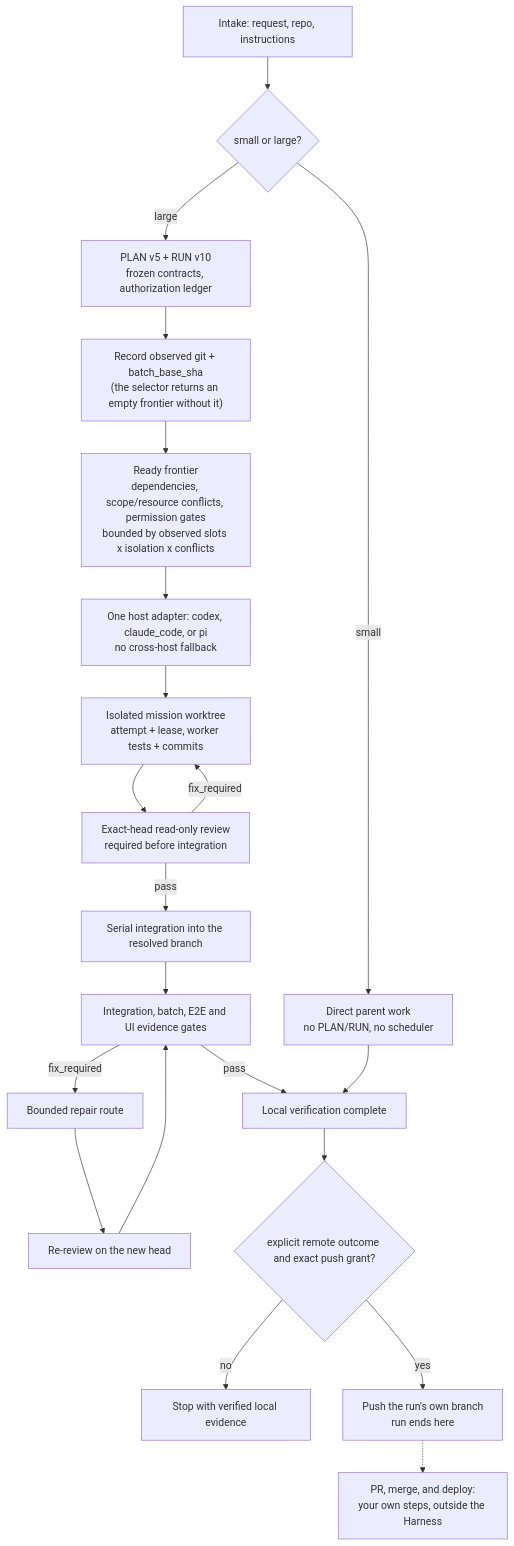
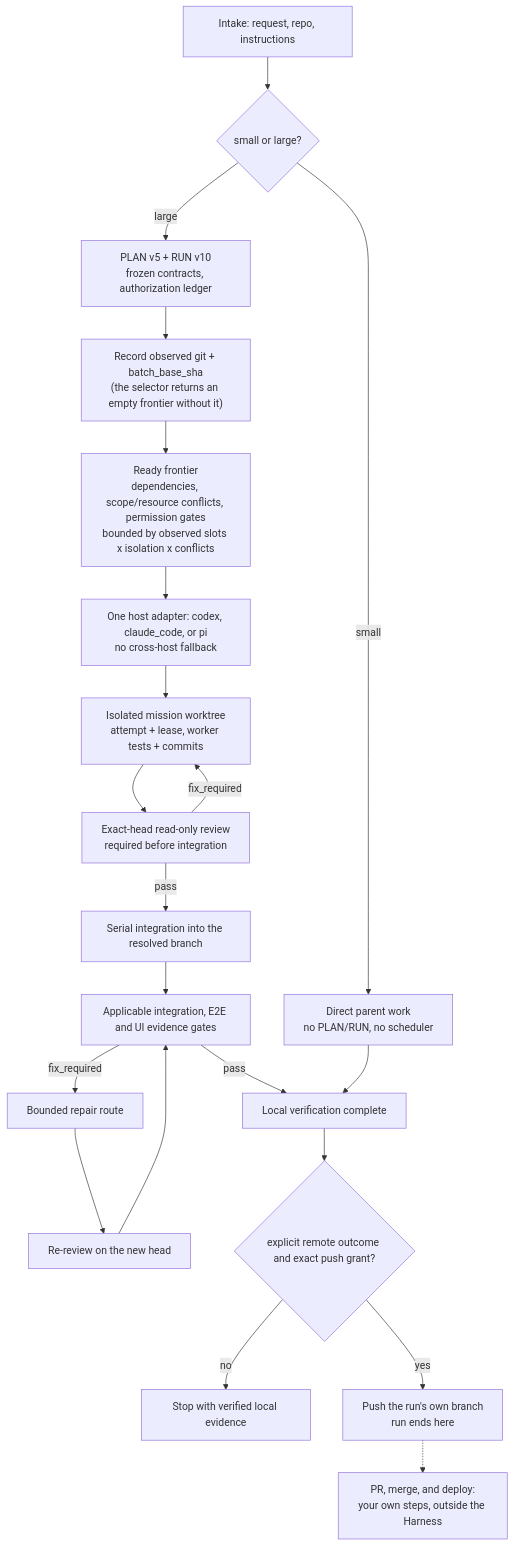
The second of 2 diagrams in README.md (Phlegonlabs/product-delivery-harness), drawn with Mermaid before and after one commit. The commit also changed other lines of this file and 51 other files, not shown here.

````diff
--- a/README.md
+++ b/README.md
@@ -93,23 +93,23 @@
 ```mermaid
 flowchart TB
   Intake["Intake: request, repo, instructions"] --> Size{"small or large?"}
   Size -->|small| Direct["Direct parent work<br/>no PLAN/RUN, no scheduler"]
   Size -->|large| Plan["PLAN v5 + RUN v10<br/>frozen contracts, authorization ledger"]
   Plan --> Observe["Record observed git + batch_base_sha<br/>(the selector returns an empty frontier without it)"]
   Observe --> Frontier["Ready frontier<br/>dependencies, scope/resource conflicts, permission gates<br/>bounded by observed slots x isolation x conflicts"]
   Frontier --> Host["One host adapter: codex, claude_code, or pi<br/>no cross-host fallback"]
   Host --> Work["Isolated mission worktree<br/>attempt + lease, worker tests + commits"]
   Work --> Review["Exact-head read-only review<br/>required before integration"]
   Review -->|pass| Integrate["Serial integration into the resolved branch"]
   Review -->|fix_required| Work
-  Integrate --> Gates["Integration, batch, E2E and UI evidence gates"]
+  Integrate --> Gates["Applicable integration, E2E and UI evidence gates"]
   Gates -->|fix_required| Repair["Bounded repair route"]
   Repair --> Rereview["Re-review on the new head"]
   Rereview --> Gates
   Gates -->|pass| Local["Local verification complete"]
   Direct --> Local
   Local --> Remote{"explicit remote outcome and exact push grant?"}
   Remote -->|no| Done["Stop with verified local evidence"]
   Remote -->|yes| Push["Push the run's own branch<br/>run ends here"]
   Push -.-> Yours["PR, merge, and deploy:<br/>your own steps, outside the Harness"]
 ```
````
